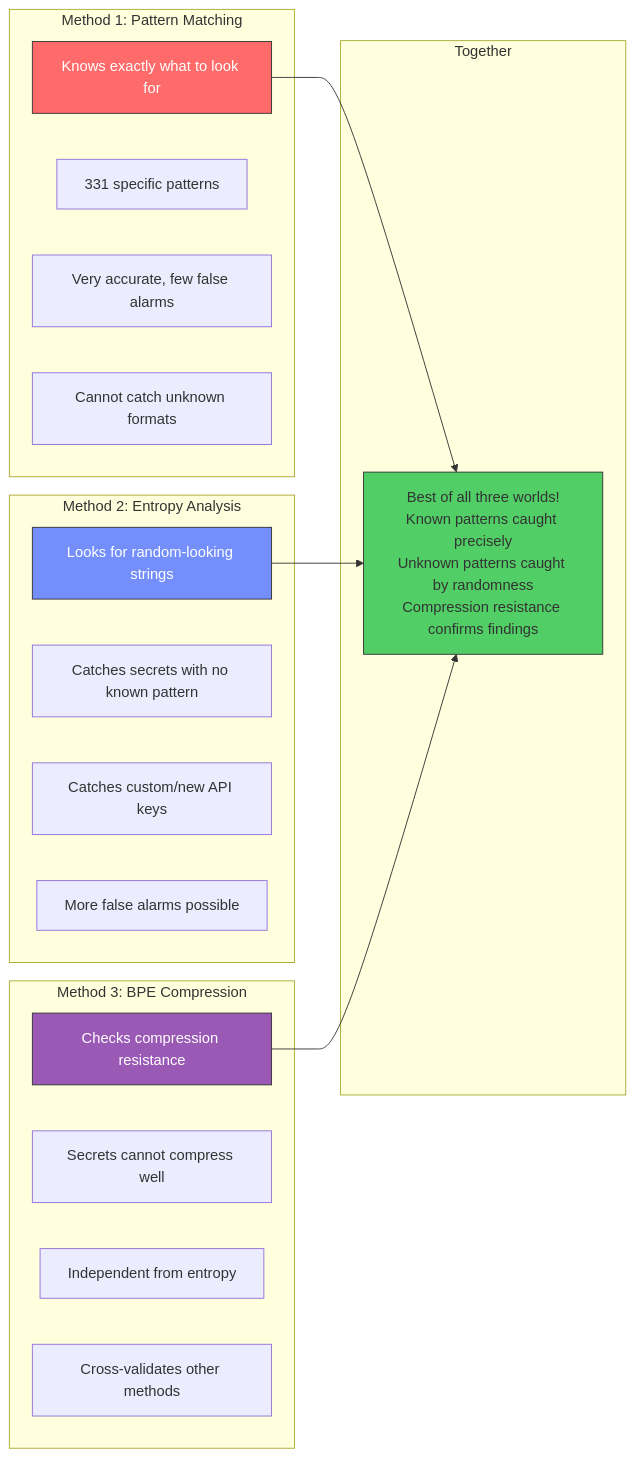
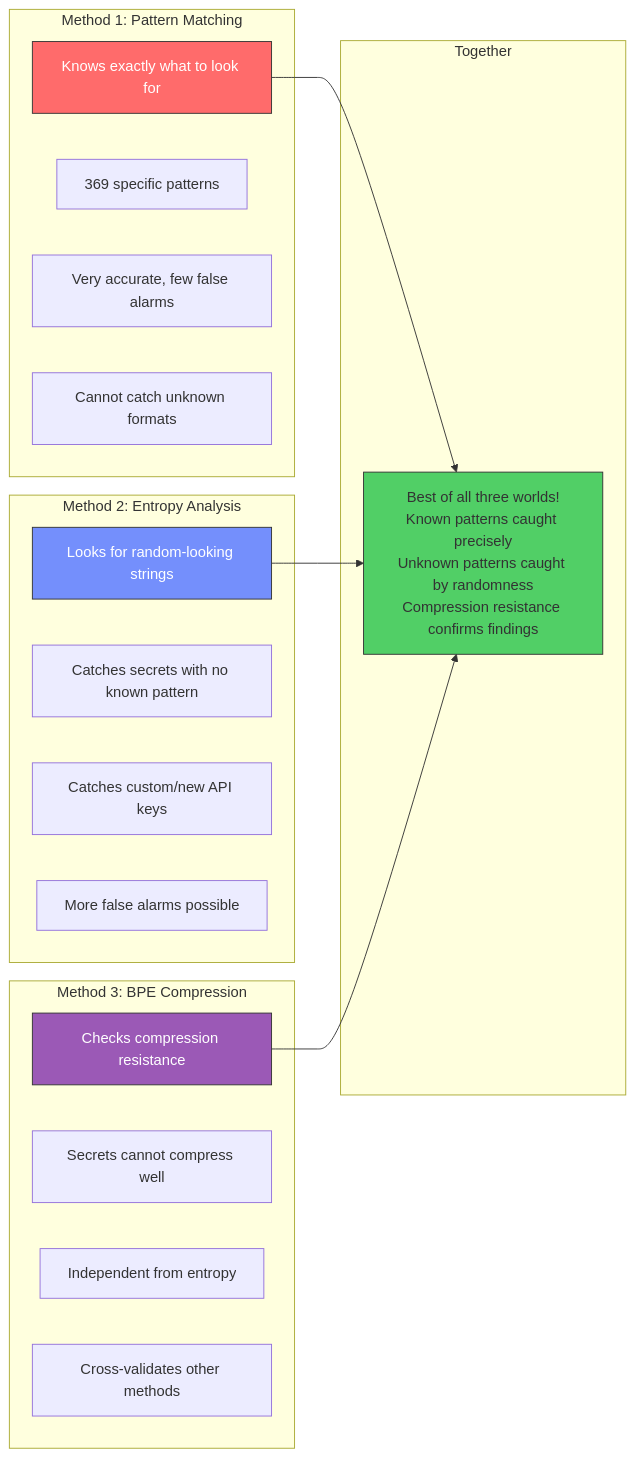
Diagram 11 of 30 in docs/training/00-System-Design-Simplified.md (svemulapati/CredVigil), drawn with Mermaid before and after one commit. The commit also changed other lines of this file and 20 other files, not shown here.

````diff
--- a/docs/training/00-System-Design-Simplified.md
+++ b/docs/training/00-System-Design-Simplified.md
@@ -493,36 +493,36 @@
 ```mermaid
 graph LR
     subgraph "Method 1: Pattern Matching"
         R1["Knows exactly what to look for"]
-        R2["331 specific patterns"]
+        R2["369 specific patterns"]
         R3["Very accurate, few false alarms"]
         R4["Cannot catch unknown formats"]
     end
 
     subgraph "Method 2: Entropy Analysis"
         E1["Looks for random-looking strings"]
         E2["Catches secrets with no known pattern"]
         E3["Catches custom/new API keys"]
         E4["More false alarms possible"]
     end
 
     subgraph "Method 3: BPE Compression"
         B1["Checks compression resistance"]
         B2["Secrets cannot compress well"]
         B3["Independent from entropy"]
         B4["Cross-validates other methods"]
     end
 
     subgraph "Together"
         T["Best of all three worlds!<br/>Known patterns caught precisely<br/>Unknown patterns caught by randomness<br/>Compression resistance confirms findings"]
     end
 
     R1 --> T
     E1 --> T
     B1 --> T
 
     style R1 fill:#ff6b6b,stroke:#333,color:#fff
     style E1 fill:#748ffc,stroke:#333,color:#fff
     style B1 fill:#9b59b6,stroke:#333,color:#fff
     style T fill:#51cf66,stroke:#333
 ```
````
